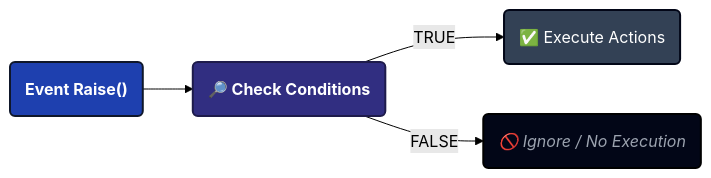
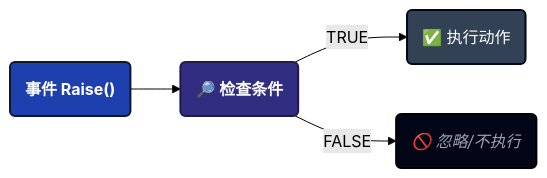
One commit to tinygiants-tech/TinyGiants changed the first of 5 diagrams in i18n/zh/docusaurus-plugin-content-docs/current/game-event-system/visual-workflow/game-event-behavior.md. Above: the diagram before and after it, drawn with Mermaid (forest theme). The commit also changed other lines of this file and 4 other files, not shown here.

````diff
--- a/i18n/zh/docusaurus-plugin-content-docs/current/game-event-system/visual-workflow/game-event-behavior.md
+++ b/i18n/zh/docusaurus-plugin-content-docs/current/game-event-system/visual-workflow/game-event-behavior.md
@@ -77,19 +76,18 @@
 ```mermaid
 graph LR
 
     classDef event fill:#1e40af,stroke:#0f172a,stroke-width:2px,color:#ffffff,font-weight:bold
     classDef condition fill:#312e81,stroke:#1e1b4b,stroke-width:2px,color:#ffffff,font-weight:bold
     classDef action fill:#334155,stroke:#020617,stroke-width:2px,color:#ffffff
     classDef ignore fill:#020617,stroke:#000000,stroke-width:2px,color:#9ca3af,font-style:italic
 
-    A("Event Raise()"):::event
-    B(🔎 Check Conditions):::condition
+    A("事件 Raise()"):::event
+    B(🔎 检查条件):::condition
 
-    C(✅ Execute Actions):::action
-    D(🚫 Ignore / No Execution):::ignore
+    C(✅ 执行动作):::action
+    D(🚫 忽略/不执行):::ignore
 
     A --> B
     B -->|TRUE| C
     B -->|FALSE| D
-
 ```
````
